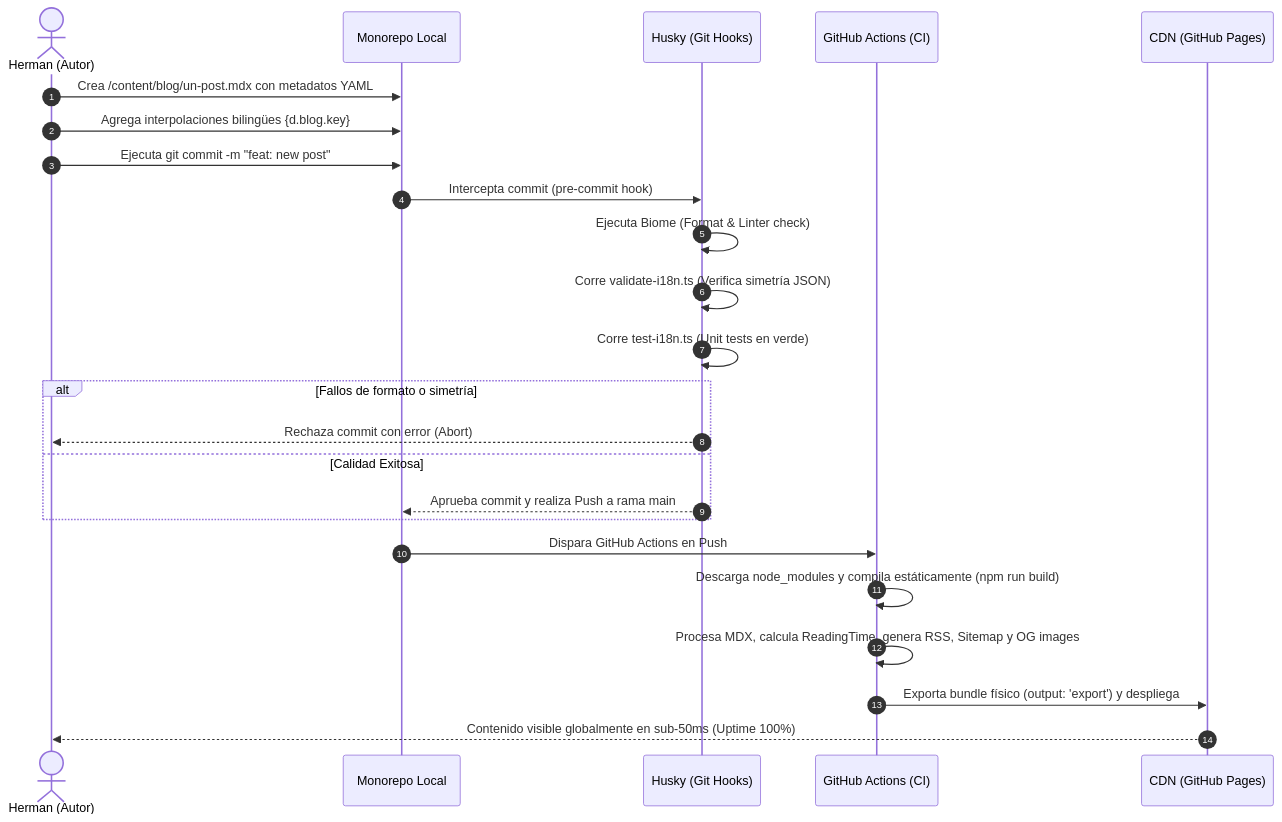
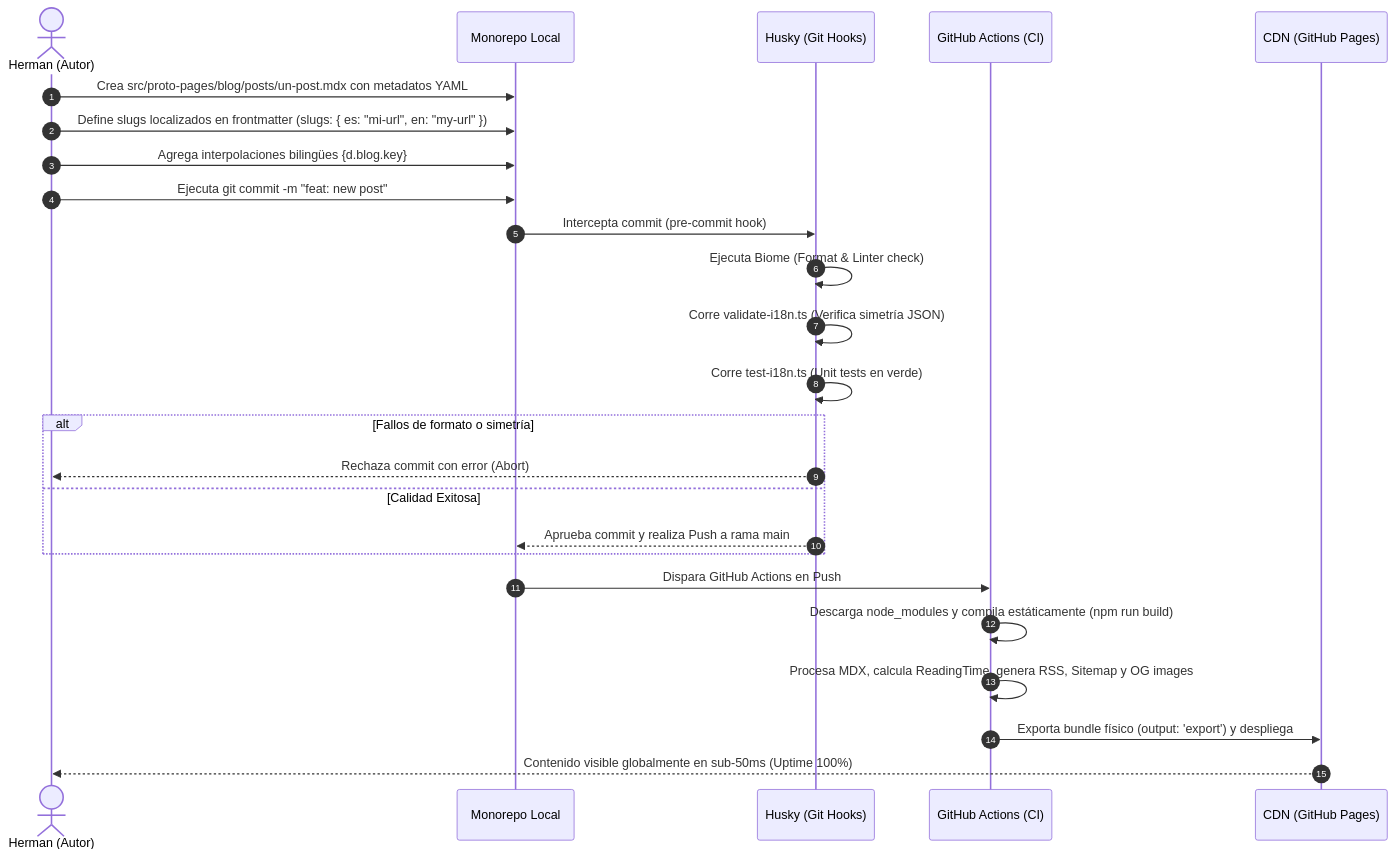
The diagram in docs/3-global-processes/gp-01-content-publication.md (Herman-Anez/herman-personal-blog), drawn with Mermaid before and after one commit. The commit also changed other lines of this file and 7 other files, not shown here.

````diff
--- a/docs/3-global-processes/gp-01-content-publication.md
+++ b/docs/3-global-processes/gp-01-content-publication.md
@@ -19,30 +19,31 @@
 ```mermaid
 sequenceDiagram
     autonumber
     actor Autor as Herman (Autor)
     participant local as Monorepo Local
     participant git as Husky (Git Hooks)
     participant github as GitHub Actions (CI)
     participant cdn as CDN (GitHub Pages)
 
-    Autor->>local: Crea /content/blog/un-post.mdx con metadatos YAML
+    Autor->>local: Crea src/proto-pages/blog/posts/un-post.mdx con metadatos YAML
+    Autor->>local: Define slugs localizados en frontmatter (slugs: { es: "mi-url", en: "my-url" })
     Autor->>local: Agrega interpolaciones bilingües {d.blog.key}
     Autor->>local: Ejecuta git commit -m "feat: new post"
     
     local->>git: Intercepta commit (pre-commit hook)
     git->>git: Ejecuta Biome (Format & Linter check)
     git->>git: Corre validate-i18n.ts (Verifica simetría JSON)
     git->>git: Corre test-i18n.ts (Unit tests en verde)
     
     alt Fallos de formato o simetría
         git-->>Autor: Rechaza commit con error (Abort)
     else Calidad Exitosa
         git-->>local: Aprueba commit y realiza Push a rama main
     end
 
     local->>github: Dispara GitHub Actions en Push
     github->>github: Descarga node_modules y compila estáticamente (npm run build)
     github->>github: Procesa MDX, calcula ReadingTime, genera RSS, Sitemap y OG images
     github->>cdn: Exporta bundle físico (output: 'export') y despliega
     cdn-->>Autor: Contenido visible globalmente en sub-50ms (Uptime 100%)
 ```
````
